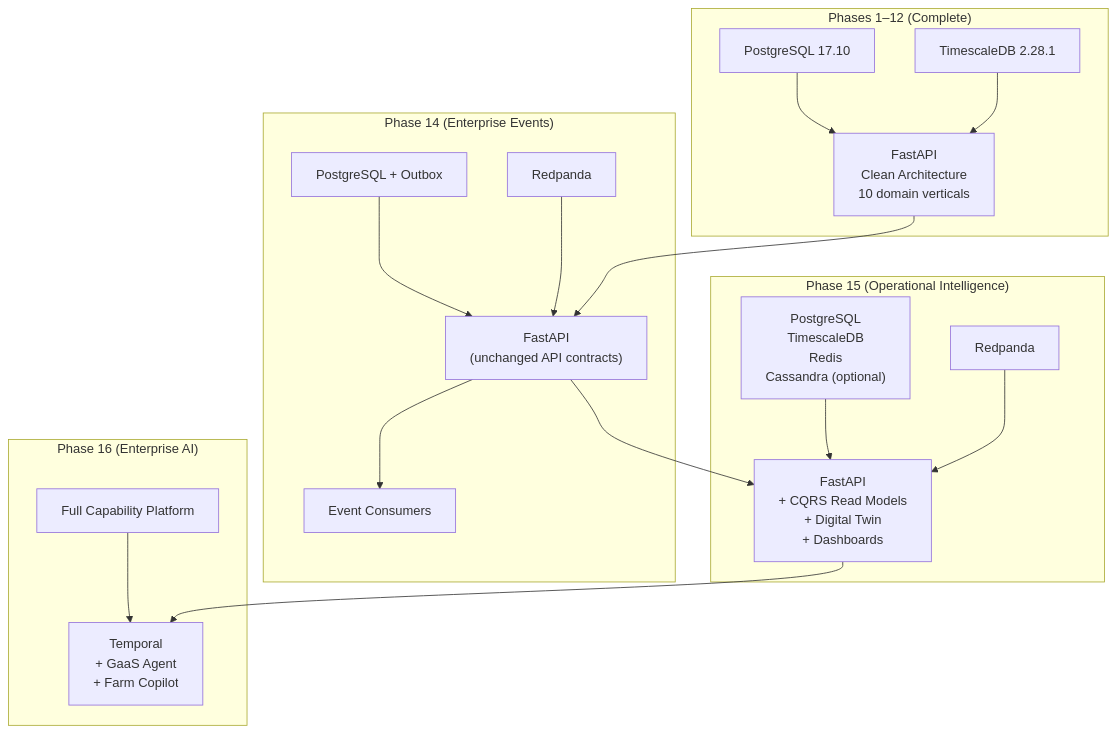
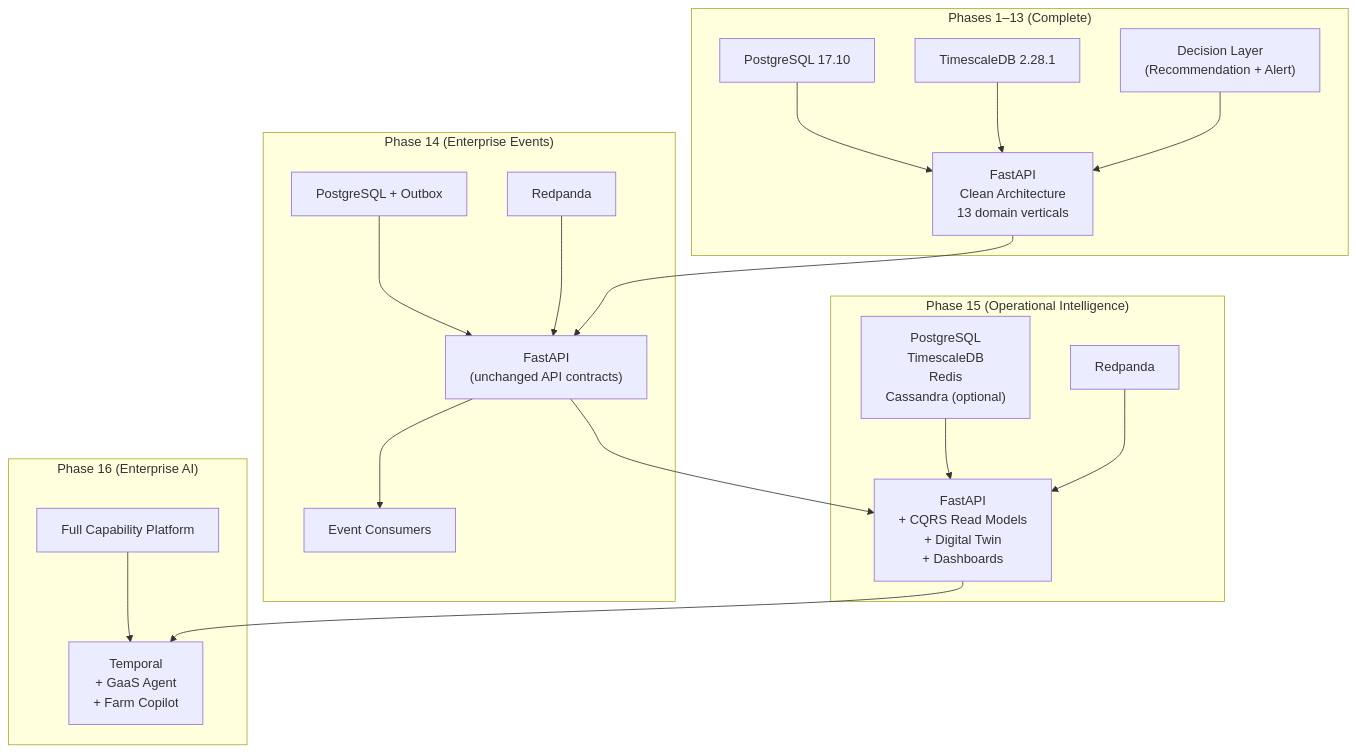
Before and after one commit to santoshnarayanan/AGRIFLOW-AI: diagram 13 of 13 in docs/reference/08-architecture-handbook.md, drawn with Mermaid. The commit also changed other lines of this file and 9 other files, not shown here.

````diff
--- a/docs/reference/08-architecture-handbook.md
+++ b/docs/reference/08-architecture-handbook.md
@@ -2768,26 +2874,27 @@
 ```mermaid
 graph TB
-    subgraph "Phases 1–12 (Complete)"
-        PG["PostgreSQL 17.10"] --> APP12["FastAPI\nClean Architecture\n10 domain verticals"]
+    subgraph "Phases 1–13 (Complete)"
+        PG["PostgreSQL 17.10"] --> APP12["FastAPI\nClean Architecture\n13 domain verticals"]
         TS["TimescaleDB 2.28.1"] --> APP12
+        DL["Decision Layer\n(Recommendation + Alert)"] --> APP12
     end
 
     subgraph "Phase 14 (Enterprise Events)"
         PG2["PostgreSQL + Outbox"] --> APP14["FastAPI\n(unchanged API contracts)"]
         RP["Redpanda"] --> APP14
         APP14 --> CONS["Event Consumers"]
     end
 
     subgraph "Phase 15 (Operational Intelligence)"
         ALL["PostgreSQL\nTimescaleDB\nRedis\nCassandra (optional)"] --> APP15["FastAPI\n+ CQRS Read Models\n+ Digital Twin\n+ Dashboards"]
         RP2["Redpanda"] --> APP15
     end
 
     subgraph "Phase 16 (Enterprise AI)"
         FULL["Full Capability Platform"] --> AI16["Temporal\n+ GaaS Agent\n+ Farm Copilot"]
     end
 
     APP12 --> APP14
     APP14 --> APP15
     APP15 --> AI16
 ```
````
